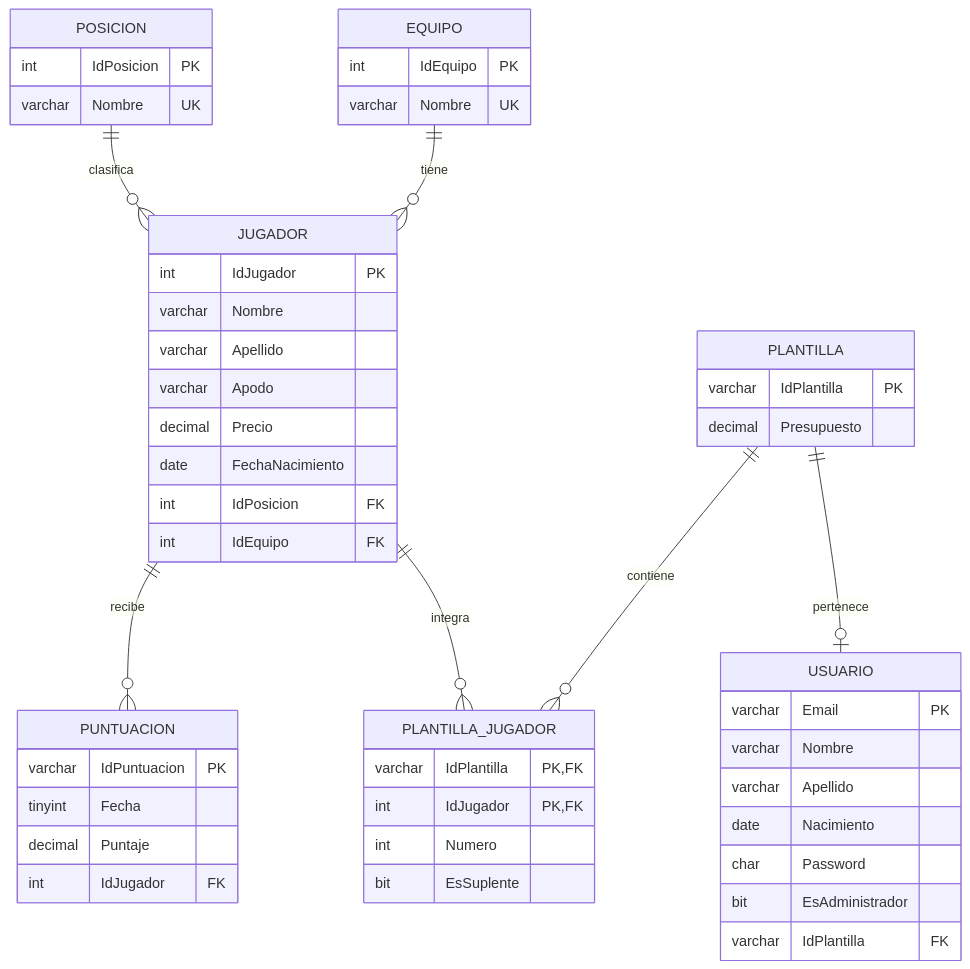
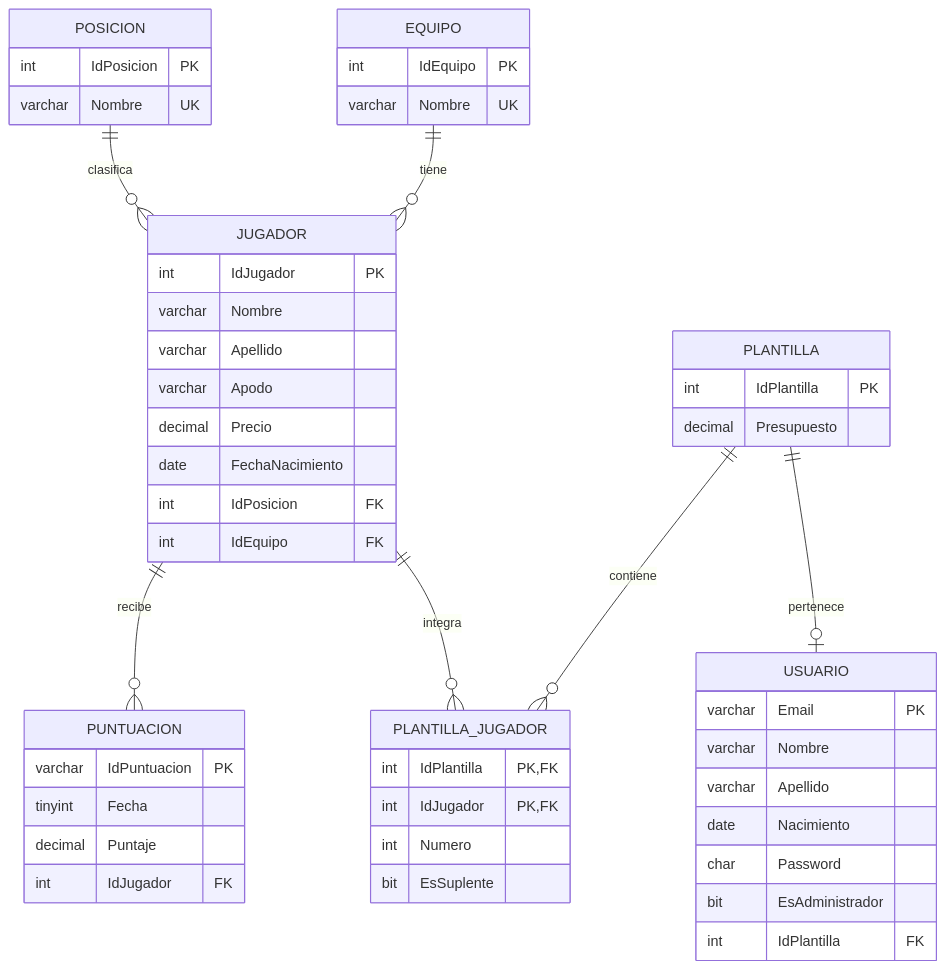
One commit to solarflare1xd/GranDT_Clases changed the diagram in doc/DER.md. Above: the diagram before and after it, drawn with Mermaid. The commit also changed 27 other files, not shown here.

````diff
--- a/doc/DER.md
+++ b/doc/DER.md
@@ -3,53 +3,53 @@
 ```mermaid
 erDiagram
     EQUIPO ||--o{ JUGADOR : tiene
     POSICION ||--o{ JUGADOR : clasifica
     PLANTILLA ||--o| USUARIO : pertenece
     PLANTILLA ||--o{ PLANTILLA_JUGADOR : contiene
     JUGADOR ||--o{ PLANTILLA_JUGADOR : integra
     JUGADOR ||--o{ PUNTUACION : recibe
 
     EQUIPO {
         int IdEquipo PK
         varchar Nombre UK
     }
     POSICION {
         int IdPosicion PK
         varchar Nombre UK
     }
     JUGADOR {
         int IdJugador PK
         varchar Nombre
         varchar Apellido
         varchar Apodo
         decimal Precio
         date FechaNacimiento
         int IdPosicion FK
         int IdEquipo FK
     }
     PLANTILLA {
-        varchar IdPlantilla PK
+        int IdPlantilla PK
         decimal Presupuesto
     }
     USUARIO {
         varchar Email PK
         varchar Nombre
         varchar Apellido
         date Nacimiento
         char Password
         bit EsAdministrador
-        varchar IdPlantilla FK
+        int IdPlantilla FK
     }
     PLANTILLA_JUGADOR {
-        varchar IdPlantilla PK, FK
+        int IdPlantilla PK, FK
         int IdJugador PK, FK
         int Numero
         bit EsSuplente
     }
     PUNTUACION {
         varchar IdPuntuacion PK
         tinyint Fecha
         decimal Puntaje
         int IdJugador FK
     }
 ```
````
